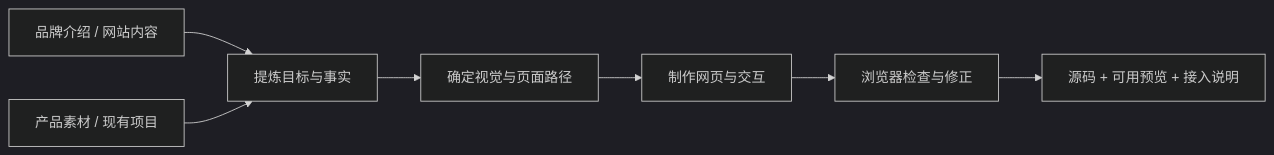
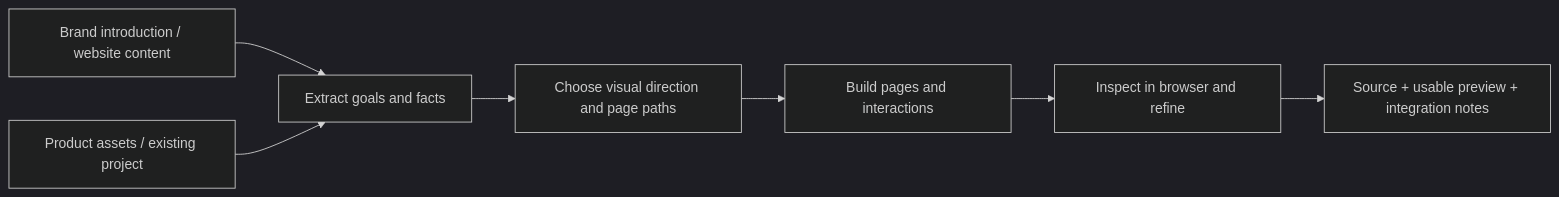
One commit to edward-skills/website-design-build changed the diagram in README.md. Above: the diagram before and after it, drawn with Mermaid (dark theme). The commit also changed other lines of this file and 10 other files, not shown here.

````diff
--- a/README.md
+++ b/README.md
@@ -56,9 +57,9 @@
 ```mermaid
 flowchart LR
-  A[品牌介绍 / 网站内容] --> C[提炼目标与事实]
-  B[产品素材 / 现有项目] --> C
-  C --> D[确定视觉与页面路径]
-  D --> E[制作网页与交互]
-  E --> F[浏览器检查与修正]
-  F --> G[源码 + 可用预览 + 接入说明]
+  A[Brand introduction / website content] --> C[Extract goals and facts]
+  B[Product assets / existing project] --> C
+  C --> D[Choose visual direction and page paths]
+  D --> E[Build pages and interactions]
+  E --> F[Inspect in browser and refine]
+  F --> G[Source + usable preview + integration notes]
 ```
````
